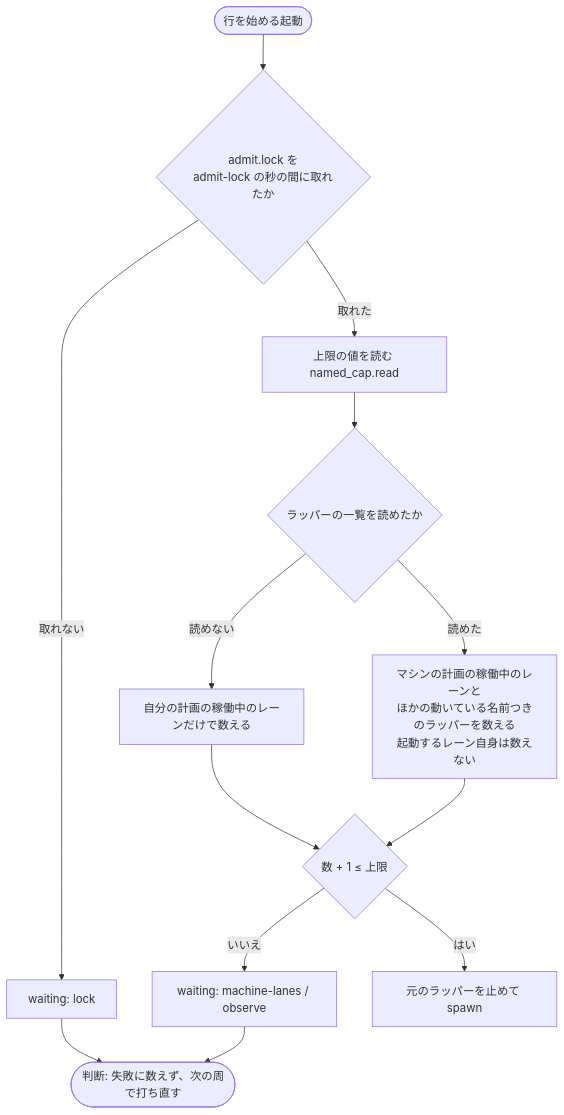
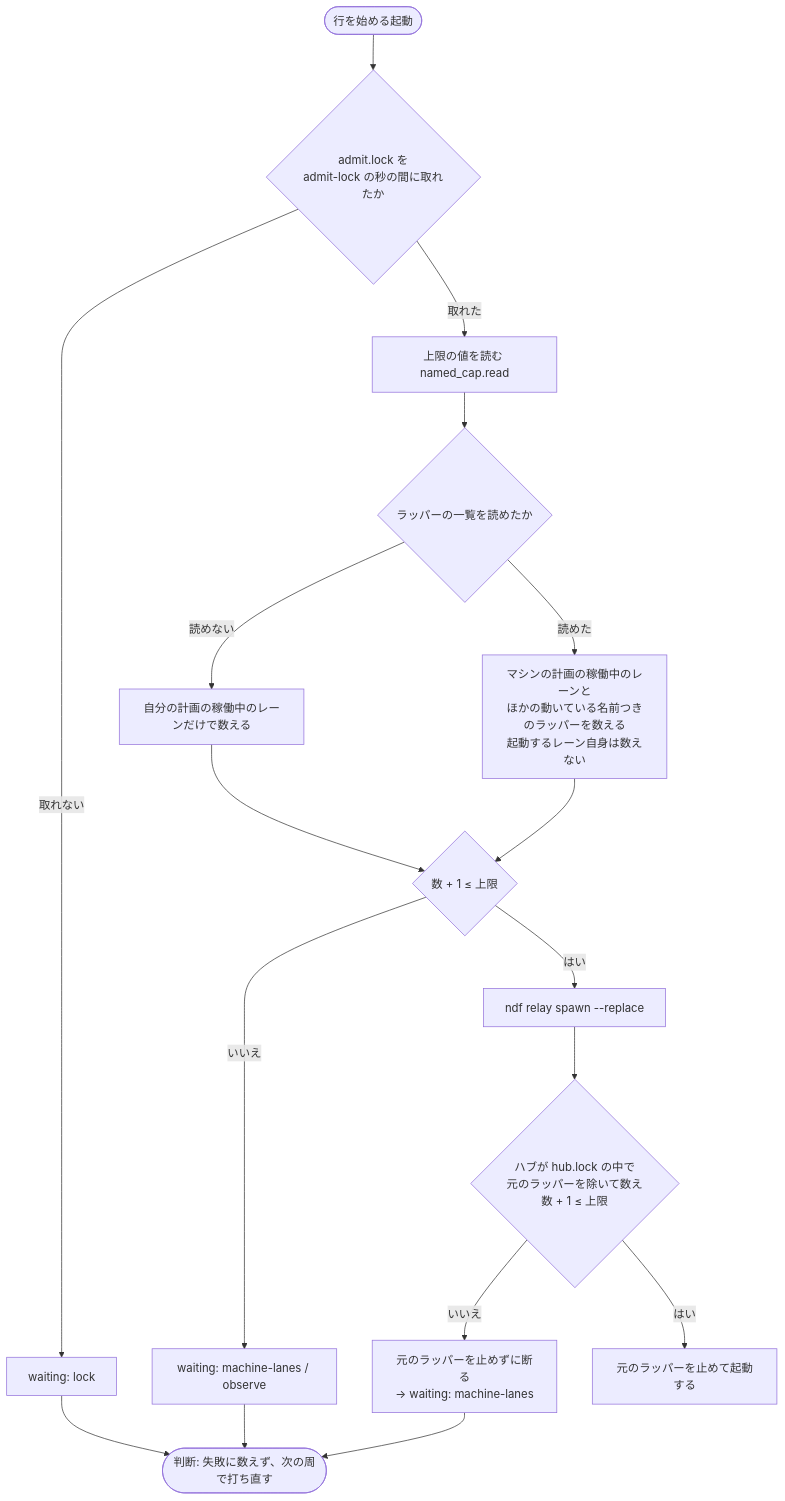
One commit to devbasex/ai-plugins changed the third of 3 diagrams in issues/issue-3989-design.md. Above: the diagram before and after it, drawn with Mermaid. The commit also changed other lines of this file and 1 other file, not shown here.

````diff
--- a/issues/issue-3989-design.md
+++ b/issues/issue-3989-design.md
@@ -85,15 +85,19 @@
 ```mermaid
 flowchart TD
   S([行を始める起動]) --> L{admit.lock を<br>admit-lock の秒の間に取れたか}
   L -- 取れない --> WL[waiting: lock]
   L -- 取れた --> C[上限の値を読む named_cap.read]
   C --> R{ラッパーの一覧を読めたか}
   R -- 読めない --> O[自分の計画の稼働中のレーンだけで数える]
   R -- 読めた --> M[マシンの計画の稼働中のレーンと<br>ほかの動いている名前つきのラッパーを数える<br>起動するレーン自身は数えない]
   O --> J{数 + 1 ≤ 上限}
   M --> J
   J -- いいえ --> WR[waiting: machine-lanes / observe]
-  J -- はい --> G[元のラッパーを止めて spawn]
+  J -- はい --> G[ndf relay spawn --replace]
+  G --> HJ{ハブが hub.lock の中で<br>元のラッパーを除いて数え<br>数 + 1 ≤ 上限}
+  HJ -- いいえ --> WH[元のラッパーを止めずに断る<br>→ waiting: machine-lanes]
+  HJ -- はい --> HS[元のラッパーを止めて起動する]
   WL --> N([判断: 失敗に数えず、次の周で打ち直す])
   WR --> N
+  WH --> N
 ```
````
